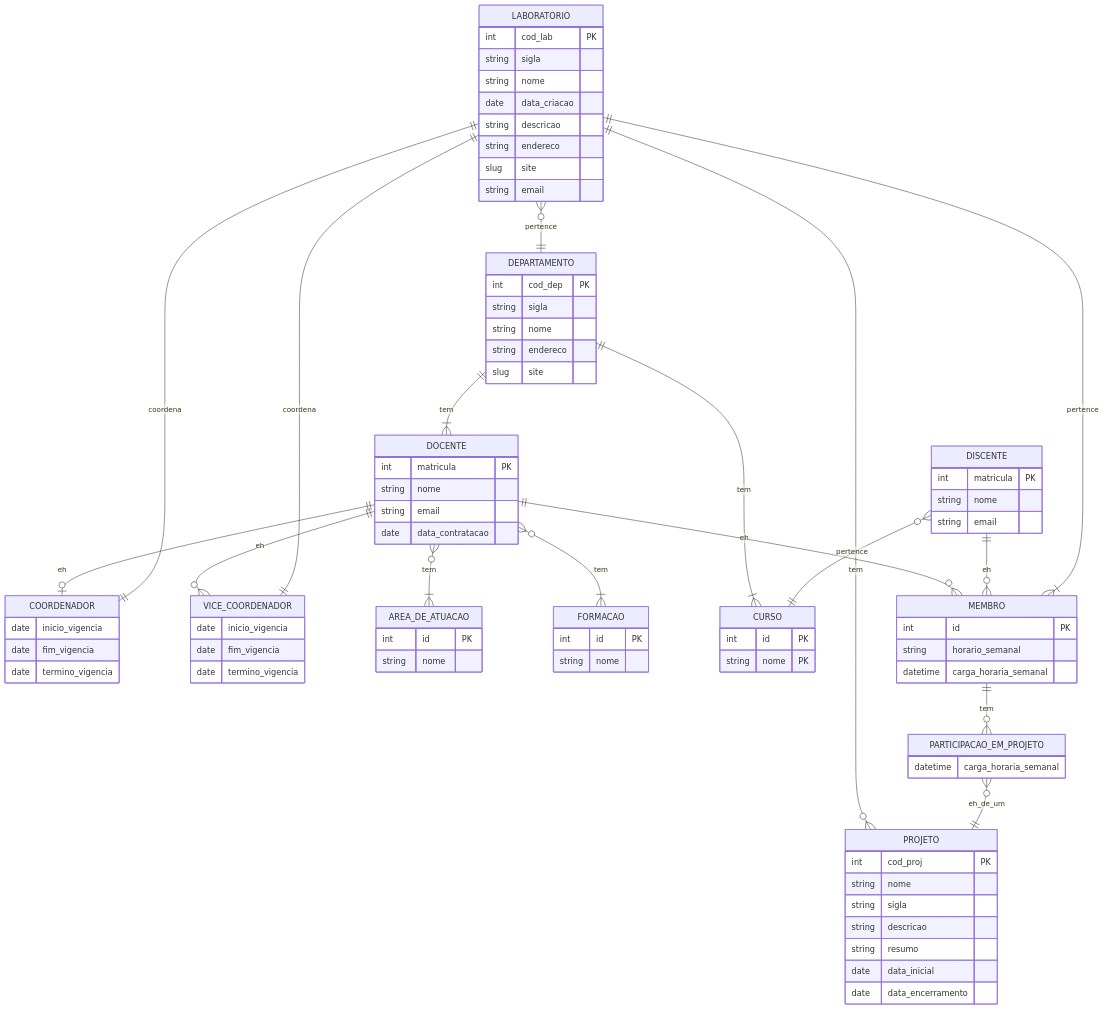
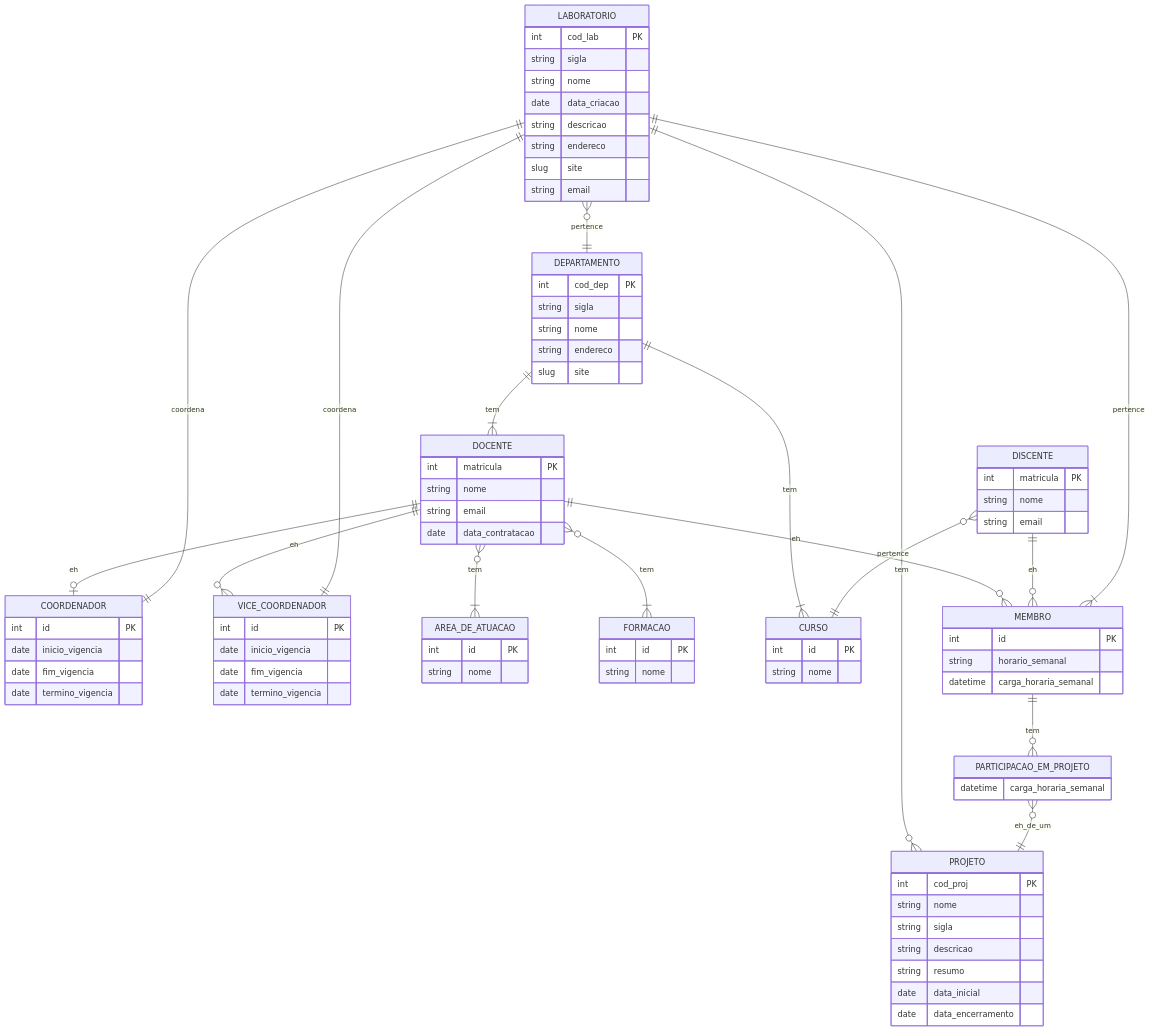
Before and after one commit to tacianosilva/bsi-tasks: the diagram in database/20231/tarefas/mts-lucas/tarefa02.md, drawn with Mermaid. The commit also changed other lines of this file, not shown here.

Commit message:
primeira correção de erros #59

```diff
--- a/database/20231/tarefas/mts-lucas/tarefa02.md
+++ b/database/20231/tarefas/mts-lucas/tarefa02.md
@@ -105,6 +105,7 @@
     }
     COORDENADOR {
 
+        int id PK
         date inicio_vigencia
         date fim_vigencia
         date termino_vigencia
@@ -112,6 +113,7 @@
     }
     VICE_COORDENADOR {
 
+        int id PK
         date inicio_vigencia
         date fim_vigencia
         date termino_vigencia
@@ -136,7 +138,7 @@
     CURSO {
         
         int id PK
-        string nome PK
+        string nome
     }
     MEMBRO {
         int id PK
```
